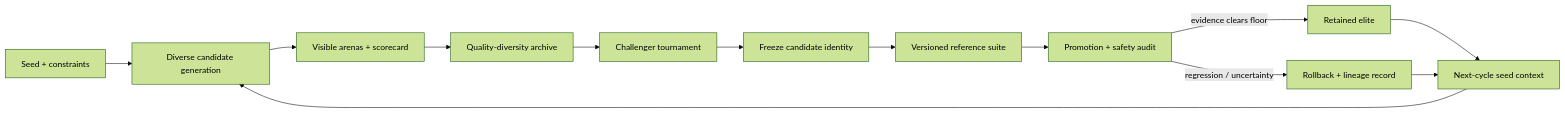
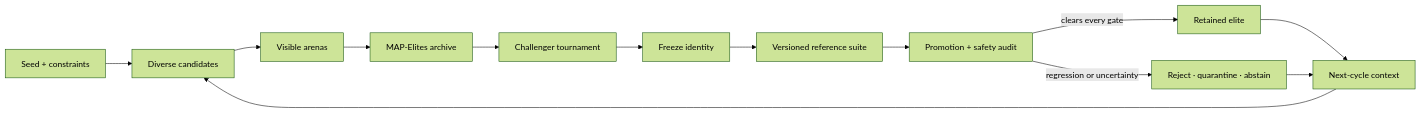
One commit to ObtuseAI/doofus changed the second of 2 diagrams in README.md. Above: the diagram before and after it, drawn with Mermaid (forest theme). The commit also changed other lines of this file and 44 other files, not shown here.

````diff
--- a/README.md
+++ b/README.md
@@ -81,15 +266,15 @@
 ```mermaid
 flowchart LR
-    SEED["Seed + constraints"] --> VARIANTS["Diverse candidate generation"]
-    VARIANTS --> VISIBLE["Visible arenas + scorecard"]
-    VISIBLE --> ARCHIVE["Quality-diversity archive"]
+    SEED["Seed + constraints"] --> VARIANTS["Diverse candidates"]
+    VARIANTS --> VISIBLE["Visible arenas"]
+    VISIBLE --> ARCHIVE["MAP-Elites archive"]
     ARCHIVE --> CHALLENGE["Challenger tournament"]
-    CHALLENGE --> FREEZE["Freeze candidate identity"]
-    FREEZE --> HOLDOUT["Versioned reference suite"]
-    HOLDOUT --> AUDIT["Promotion + safety audit"]
-    AUDIT -->|"evidence clears floor"| ELITE["Retained elite"]
-    AUDIT -->|"regression / uncertainty"| ROLLBACK["Rollback + lineage record"]
-    ELITE --> NEXT["Next-cycle seed context"]
-    ROLLBACK --> NEXT
-    NEXT --> VARIANTS
+    CHALLENGE --> FREEZE["Freeze identity"]
+    FREEZE --> REFERENCE["Versioned reference suite"]
+    REFERENCE --> AUDIT["Promotion + safety audit"]
+    AUDIT -->|"clears every gate"| RETAIN["Retained elite"]
+    AUDIT -->|"regression or uncertainty"| REJECT["Reject · quarantine · abstain"]
+    RETAIN --> CONTEXT["Next-cycle context"]
+    REJECT --> CONTEXT
+    CONTEXT --> VARIANTS
 ```
````
